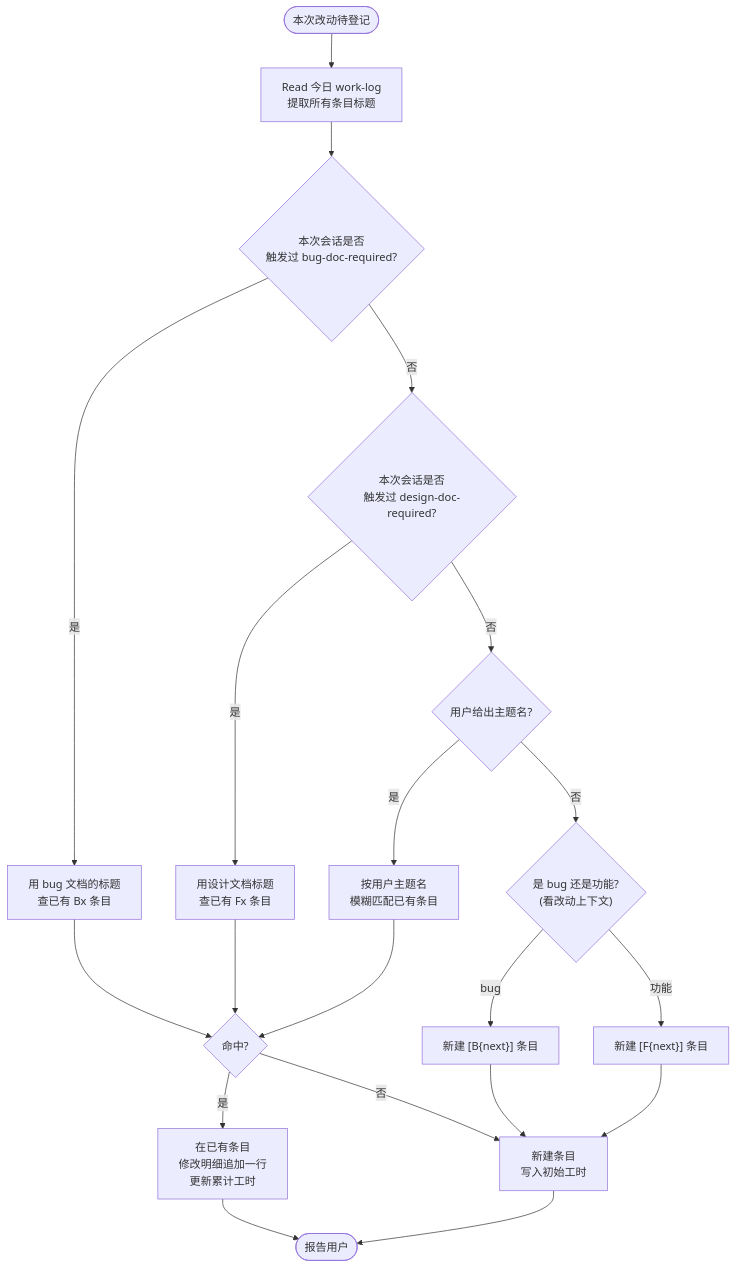
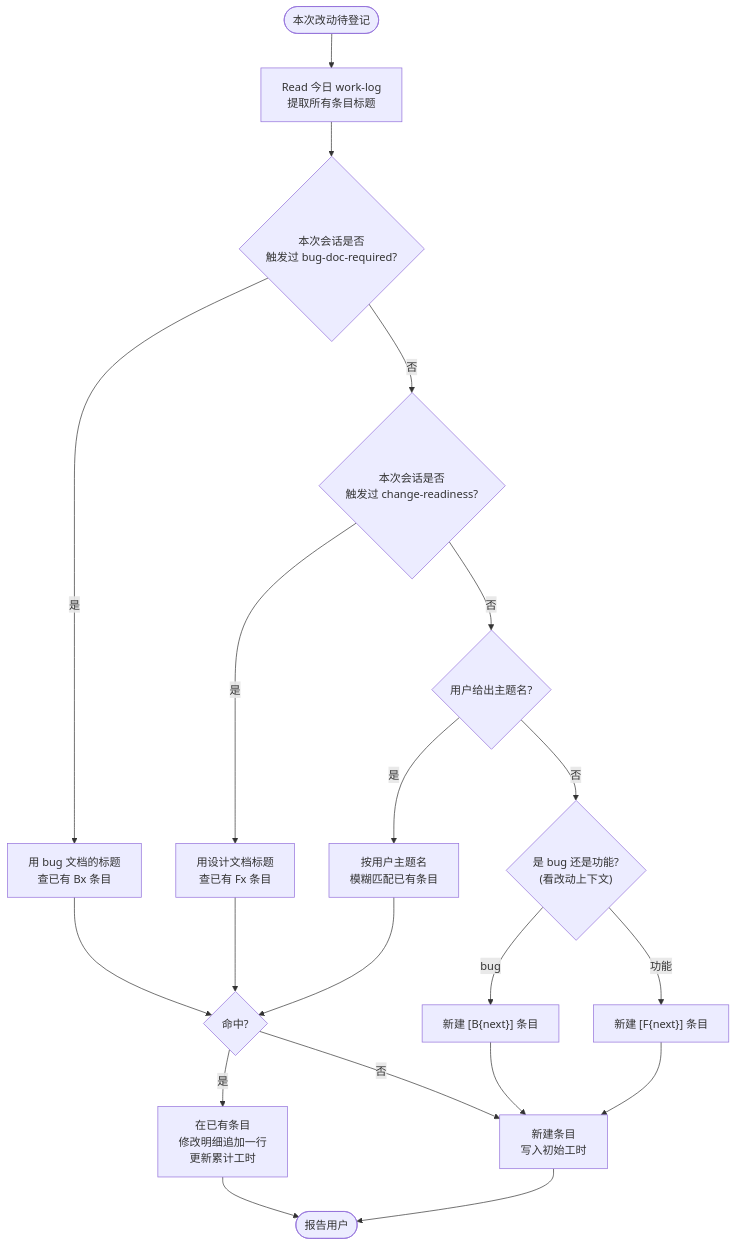
One commit to exception-coder/team-standards changed the first of 2 diagrams in plugins/team-standards/skills/daily-work-log/SKILL.md. Above: the diagram before and after it, drawn with Mermaid. The commit also changed other lines of this file and 138 other files, not shown here.

````diff
--- a/plugins/team-standards/skills/daily-work-log/SKILL.md
+++ b/plugins/team-standards/skills/daily-work-log/SKILL.md
@@ -145,22 +145,22 @@
 ```mermaid
 flowchart TD
     START(["本次改动待登记"]) --> R["Read 今日 work-log\n提取所有条目标题"]
     R --> Q1{"本次会话是否\n触发过 bug-doc-required?"}
     Q1 -->|"是"| B1["用 bug 文档的标题\n查已有 Bx 条目"]
-    Q1 -->|"否"| Q2{"本次会话是否\n触发过 design-doc-required?"}
+    Q1 -->|"否"| Q2{"本次会话是否\n触发过 change-readiness?"}
     Q2 -->|"是"| F1["用设计文档标题\n查已有 Fx 条目"]
     Q2 -->|"否"| Q3{"用户给出主题名?"}
     Q3 -->|"是"| ASK["按用户主题名\n模糊匹配已有条目"]
     Q3 -->|"否"| Q4{"是 bug 还是功能?\n(看改动上下文)"}
     Q4 -->|"bug"| NEWB["新建 [B{next}] 条目"]
     Q4 -->|"功能"| NEWF["新建 [F{next}] 条目"]
     B1 --> MATCH{"命中?"}
     F1 --> MATCH
     ASK --> MATCH
     MATCH -->|"是"| APPEND["在已有条目\n修改明细追加一行\n更新累计工时"]
     MATCH -->|"否"| CREATE["新建条目\n写入初始工时"]
     NEWB --> CREATE
     NEWF --> CREATE
     APPEND --> DONE(["报告用户"])
     CREATE --> DONE
 ```
````
